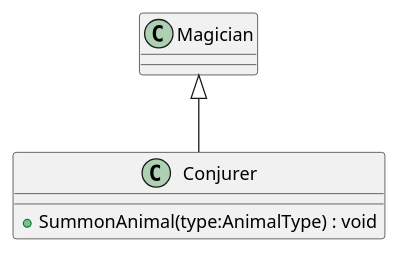
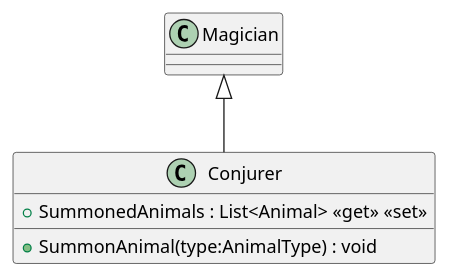
Before and after one commit to Beans69584/rpg: the diagram in RPG/puml_export/src/Core/Player/Conjurer.puml, drawn with PlantUML. The commit also changed 107 other files, not shown here.

```diff
--- a/RPG/puml_export/src/Core/Player/Conjurer.puml
+++ b/RPG/puml_export/src/Core/Player/Conjurer.puml
@@ -1,8 +1,7 @@
 @startuml
 class Conjurer {
+    + SummonedAnimals : List<Animal> <<get>> <<set>>
     + SummonAnimal(type:AnimalType) : void
 }
-
 Magician <|-- Conjurer
-
 @enduml
```
